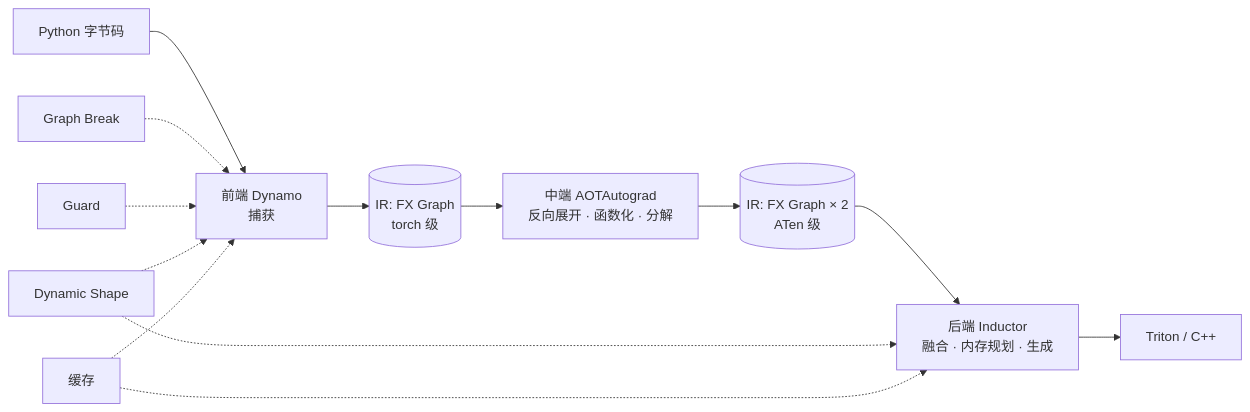
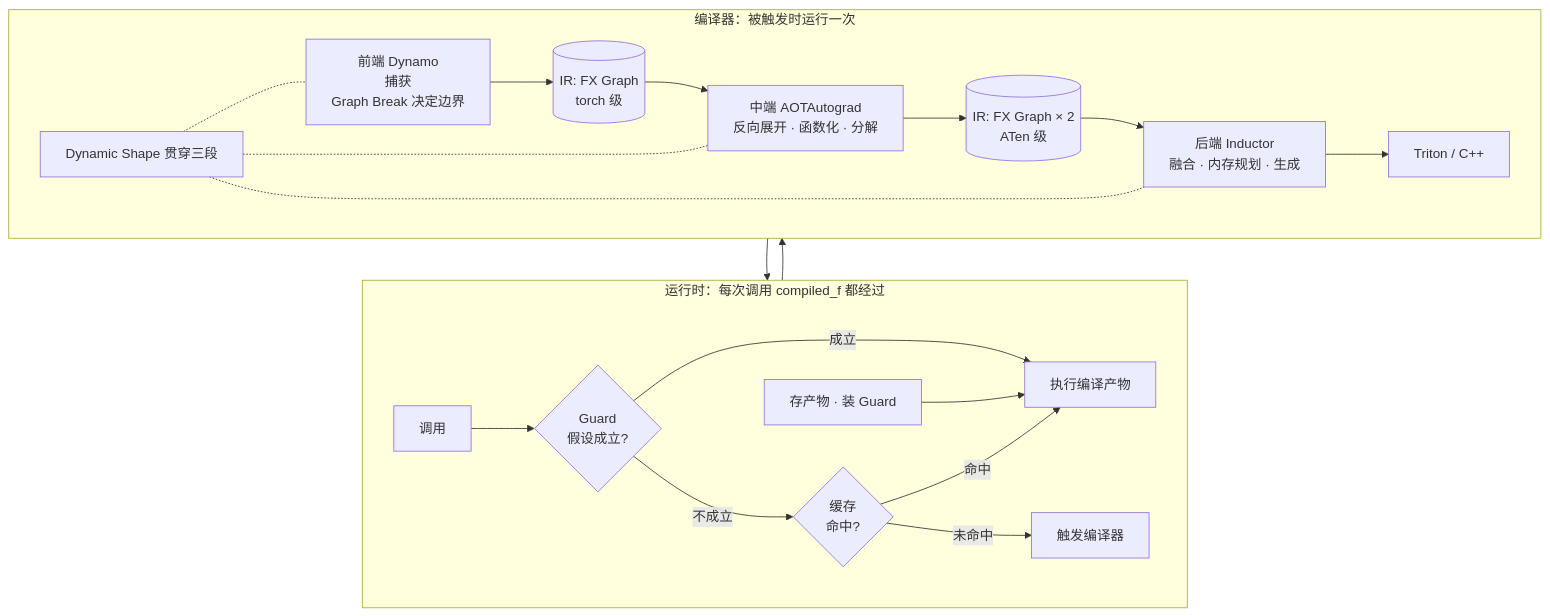
The third of 3 diagrams in _posts/2026-04-08-pytorch-compilation-and-graph-optimization.md (arganzheng/arganzheng.github.com), drawn with Mermaid before and after one commit. The commit also changed other lines of this file, not shown here.

````diff
--- a/_posts/2026-04-08-pytorch-compilation-and-graph-optimization.md
+++ b/_posts/2026-04-08-pytorch-compilation-and-graph-optimization.md
@@ -874,15 +918,25 @@
 ```mermaid
-flowchart LR
-    PY[Python 字节码] --> DY[前端 Dynamo<br/>捕获]
-    DY --> FX1[(IR: FX Graph<br/>torch 级)]
-    FX1 --> AOT[中端 AOTAutograd<br/>反向展开 · 函数化 · 分解]
-    AOT --> FX2[(IR: FX Graph × 2<br/>ATen 级)]
-    FX2 --> IND[后端 Inductor<br/>融合 · 内存规划 · 生成]
-    IND --> CODE[Triton / C++]
-    GB[Graph Break] -.-> DY
-    GD[Guard] -.-> DY
-    DS[Dynamic Shape] -.-> DY
-    DS -.-> IND
-    CA[缓存] -.-> DY
-    CA -.-> IND
+flowchart TB
+    subgraph RT[运行时：每次调用 compiled_f 都经过]
+        direction LR
+        CALL[调用] --> GD{Guard<br/>假设成立?}
+        GD -->|成立| RUN[执行编译产物]
+        GD -->|不成立| CA{缓存<br/>命中?}
+        CA -->|命中| RUN
+        CA -->|未命中| TRIG[触发编译器]
+        DONE[存产物 · 装 Guard] --> RUN
+    end
+    subgraph CP[编译器：被触发时运行一次]
+        direction LR
+        DY[前端 Dynamo<br/>捕获<br/>Graph Break 决定边界] --> FX1[(IR: FX Graph<br/>torch 级)]
+        FX1 --> AOT[中端 AOTAutograd<br/>反向展开 · 函数化 · 分解]
+        AOT --> FX2[(IR: FX Graph × 2<br/>ATen 级)]
+        FX2 --> IND[后端 Inductor<br/>融合 · 内存规划 · 生成]
+        IND --> CODE[Triton / C++]
+        DS[Dynamic Shape 贯穿三段] -.- DY
+        DS -.- AOT
+        DS -.- IND
+    end
+    TRIG --> DY
+    CODE --> DONE
 ```
````
